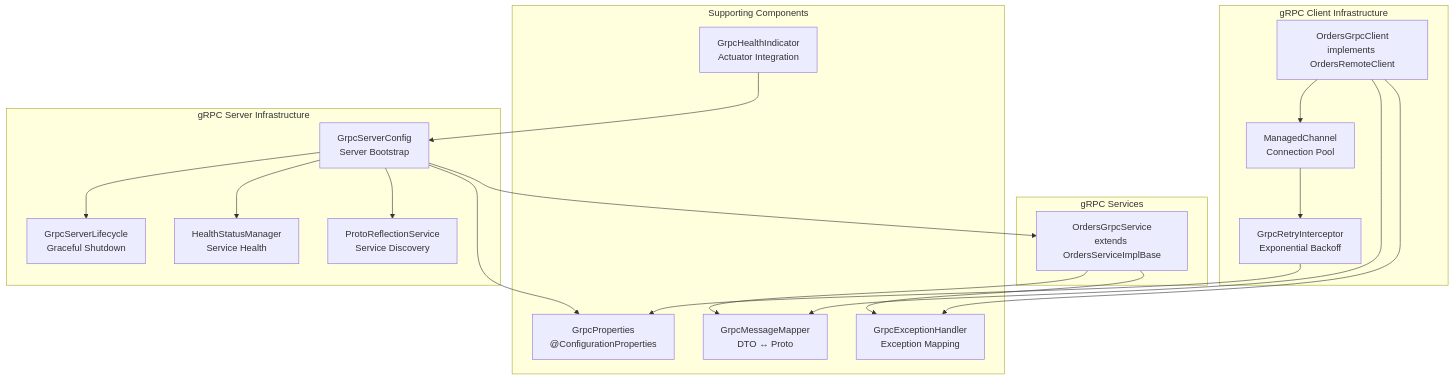
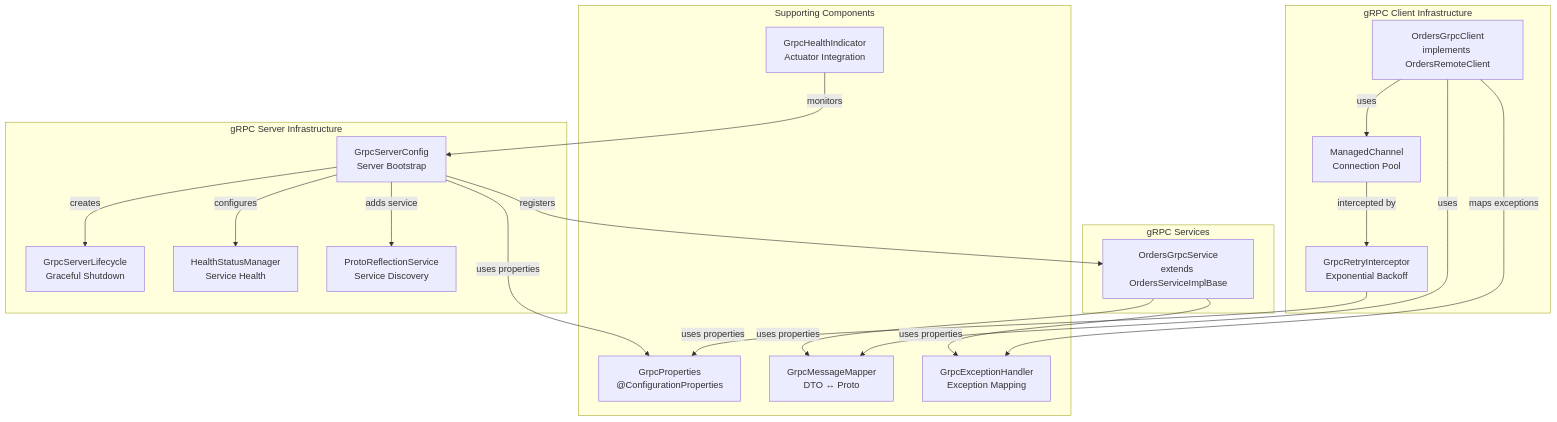
One commit to philipz/spring-modular-monolith changed the first of 11 diagrams in docs/deepwiki/gRPC-Infrastructure.md. Above: the diagram before and after it, drawn with Mermaid. The commit also changed other lines of this file and 55 other files, not shown here.

````diff
--- a/docs/deepwiki/gRPC-Infrastructure.md
+++ b/docs/deepwiki/gRPC-Infrastructure.md
@@ -33,54 +33,54 @@
 ```mermaid
 flowchart TD
 
 GrpcServerConfig["GrpcServerConfig<br>Server Bootstrap"]
 ServerLifecycle["GrpcServerLifecycle<br>Graceful Shutdown"]
 HealthStatusManager["HealthStatusManager<br>Service Health"]
 ProtoReflection["ProtoReflectionService<br>Service Discovery"]
 OrdersGrpcService["OrdersGrpcService<br>extends OrdersServiceImplBase"]
 OrdersGrpcClient["OrdersGrpcClient<br>implements OrdersRemoteClient"]
 ManagedChannel["ManagedChannel<br>Connection Pool"]
 GrpcRetryInterceptor["GrpcRetryInterceptor<br>Exponential Backoff"]
 GrpcProperties["GrpcProperties<br>@ConfigurationProperties"]
 GrpcMessageMapper["GrpcMessageMapper<br>DTO ↔ Proto"]
 GrpcExceptionHandler["GrpcExceptionHandler<br>Exception Mapping"]
 GrpcHealthIndicator["GrpcHealthIndicator<br>Actuator Integration"]
 
-GrpcServerConfig --> OrdersGrpcService
-GrpcServerConfig --> GrpcProperties
-OrdersGrpcService --> GrpcMessageMapper
-OrdersGrpcService --> GrpcExceptionHandler
-OrdersGrpcClient --> GrpcMessageMapper
-OrdersGrpcClient --> GrpcExceptionHandler
-GrpcRetryInterceptor --> GrpcProperties
-GrpcHealthIndicator --> GrpcServerConfig
+GrpcServerConfig -->|"registers"| OrdersGrpcService
+GrpcServerConfig -->|"uses properties"| GrpcProperties
+OrdersGrpcService -->|"uses properties"| GrpcMessageMapper
+OrdersGrpcService -->|"uses properties"| GrpcExceptionHandler
+OrdersGrpcClient -->|"uses"| GrpcMessageMapper
+OrdersGrpcClient -->|"maps exceptions"| GrpcExceptionHandler
+GrpcRetryInterceptor -->|"uses properties"| GrpcProperties
+GrpcHealthIndicator -->|"monitors"| GrpcServerConfig
 
 subgraph subGraph3 ["Supporting Components"]
     GrpcProperties
     GrpcMessageMapper
     GrpcExceptionHandler
     GrpcHealthIndicator
 end
 
 subgraph subGraph2 ["gRPC Client Infrastructure"]
     OrdersGrpcClient
     ManagedChannel
     GrpcRetryInterceptor
-    OrdersGrpcClient --> ManagedChannel
-    ManagedChannel --> GrpcRetryInterceptor
+    OrdersGrpcClient -->|"uses"| ManagedChannel
+    ManagedChannel -->|"intercepted by"| GrpcRetryInterceptor
 end
 
 subgraph subGraph1 ["gRPC Services"]
     OrdersGrpcService
 end
 
 subgraph subGraph0 ["gRPC Server Infrastructure"]
     GrpcServerConfig
     ServerLifecycle
     HealthStatusManager
     ProtoReflection
-    GrpcServerConfig --> ServerLifecycle
-    GrpcServerConfig --> HealthStatusManager
-    GrpcServerConfig --> ProtoReflection
+    GrpcServerConfig -->|"creates"| ServerLifecycle
+    GrpcServerConfig -->|"configures"| HealthStatusManager
+    GrpcServerConfig -->|"adds service"| ProtoReflection
 end
 ```
````
